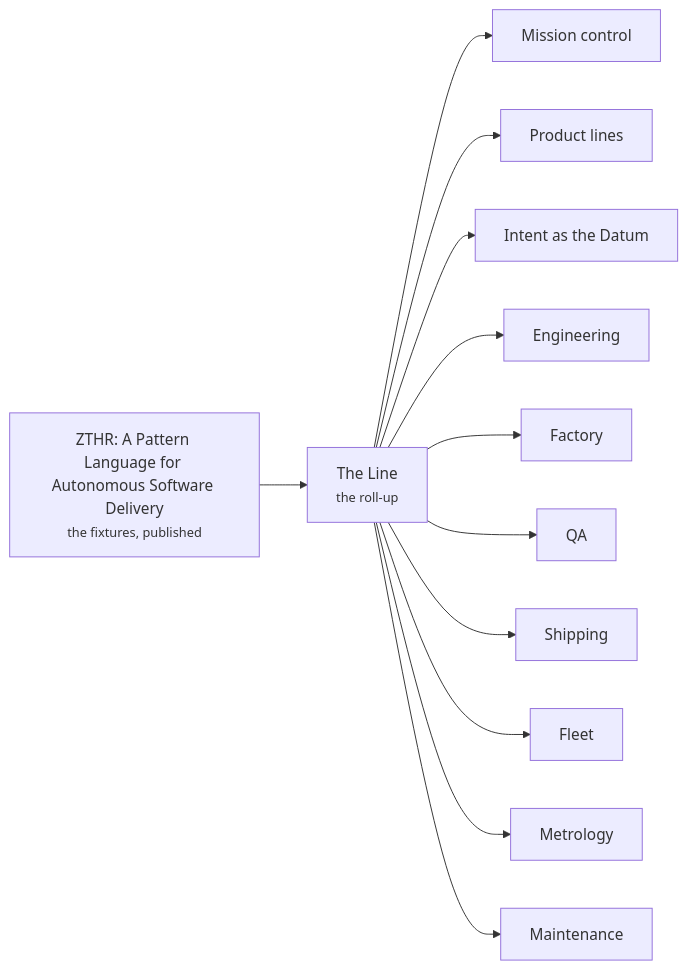
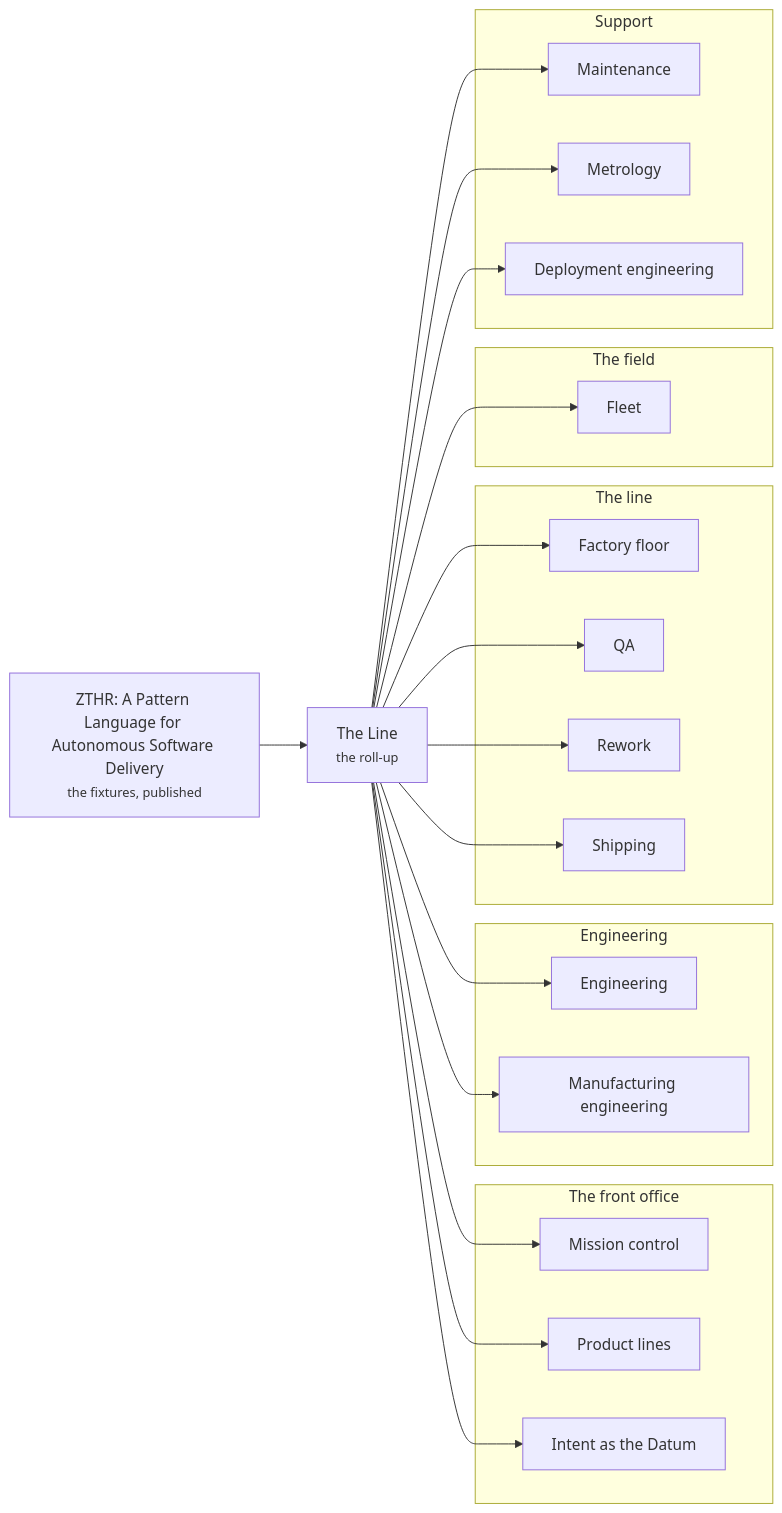
The diagram in intent/papers/README.md (russlittle/ZTHR), drawn with Mermaid before and after one commit. The commit also changed other lines of this file and 13 other files, not shown here.

````diff
--- a/intent/papers/README.md
+++ b/intent/papers/README.md
@@ -5,16 +5,30 @@
 ```mermaid
 flowchart LR
   Z["ZTHR: A Pattern Language for Autonomous Software Delivery<br/><small>the fixtures, published</small>"]
   L["The Line<br/><small>the roll-up</small>"]
   Z --> L
-  L --> M[Mission control]
-  L --> P[Product lines]
-  L --> I[Intent as the Datum]
-  L --> E[Engineering]
-  L --> F[Factory]
-  L --> Q[QA]
-  L --> S[Shipping]
-  L --> V[Fleet]
-  L --> MY[Metrology]
-  L --> MT[Maintenance]
+  subgraph FO["The front office"]
+    M[Mission control]
+    P[Product lines]
+    I[Intent as the Datum]
+  end
+  subgraph EN["Engineering"]
+    E[Engineering]
+    ME[Manufacturing engineering]
+  end
+  subgraph LN["The line"]
+    F[Factory floor]
+    Q[QA]
+    RW[Rework]
+    S[Shipping]
+  end
+  subgraph FD["The field"]
+    V[Fleet]
+  end
+  subgraph SP["Support"]
+    MT[Maintenance]
+    MY[Metrology]
+    DE[Deployment engineering]
+  end
+  L --> M & P & I & E & ME & F & Q & RW & S & V & MT & MY & DE
 ```
````
